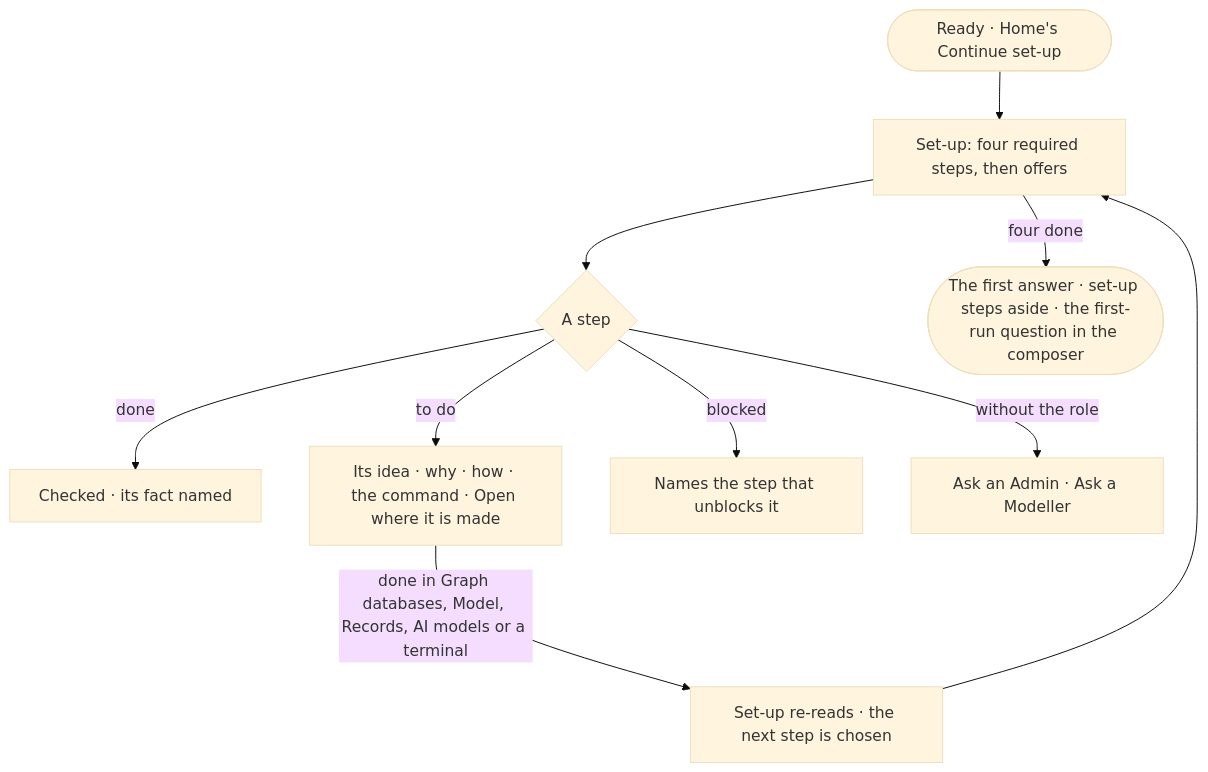
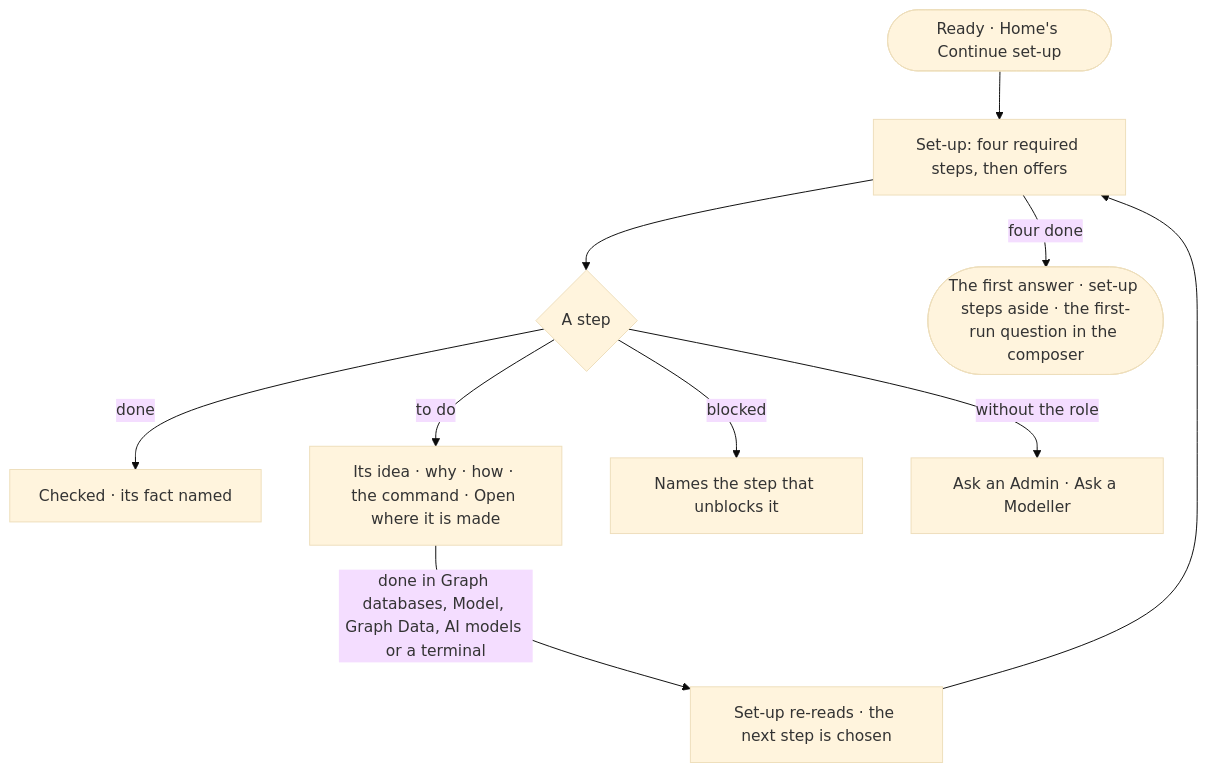
Before and after one commit to invana/invana: the diagram in specs/os/control/features/CP-F05-graph-databases/stories/CP-24-see-what-is-left-before-the-first-answer/story.md, drawn with Mermaid (base theme). The commit also changed other lines of this file and 133 other files, not shown here.

````diff
--- a/specs/os/control/features/CP-F05-graph-databases/stories/CP-24-see-what-is-left-before-the-first-answer/story.md
+++ b/specs/os/control/features/CP-F05-graph-databases/stories/CP-24-see-what-is-left-before-the-first-answer/story.md
@@ -26,12 +26,12 @@
 ```mermaid
 flowchart TD
   r([Ready · Home's Continue set-up]) --> l["Set-up: four required steps, then offers"]
   l --> s{"A step"}
   s -->|done| ck["Checked · its fact named"]
   s -->|to do| go["Its idea · why · how · the command · Open where it is made"]
   s -->|blocked| bl["Names the step that unblocks it"]
   s -->|without the role| ask["Ask an Admin · Ask a Modeller"]
-  go -->|done in Graph databases, Model, Records, AI models or a terminal| re["Set-up re-reads · the next step is chosen"]
+  go -->|done in Graph databases, Model, Graph Data, AI models or a terminal| re["Set-up re-reads · the next step is chosen"]
   re --> l
   l -->|four done| a(["The first answer · set-up steps aside · the first-run question in the composer"])
 ```
````
